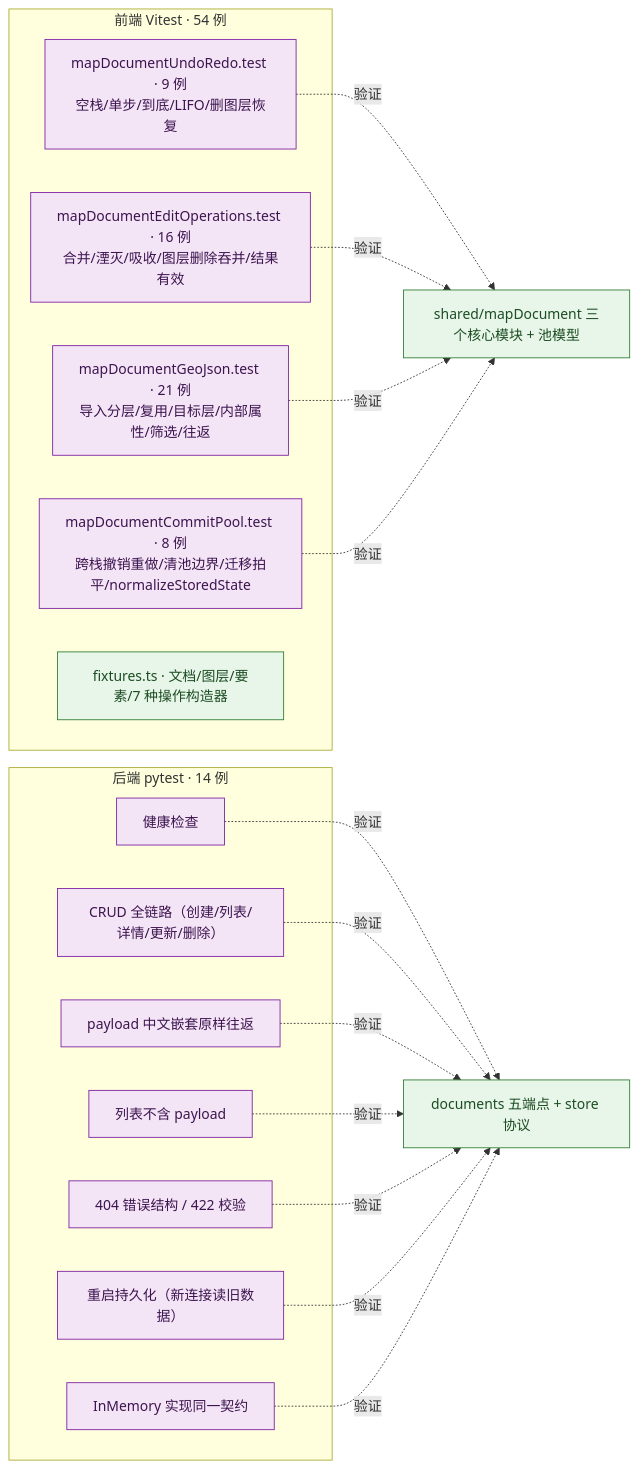
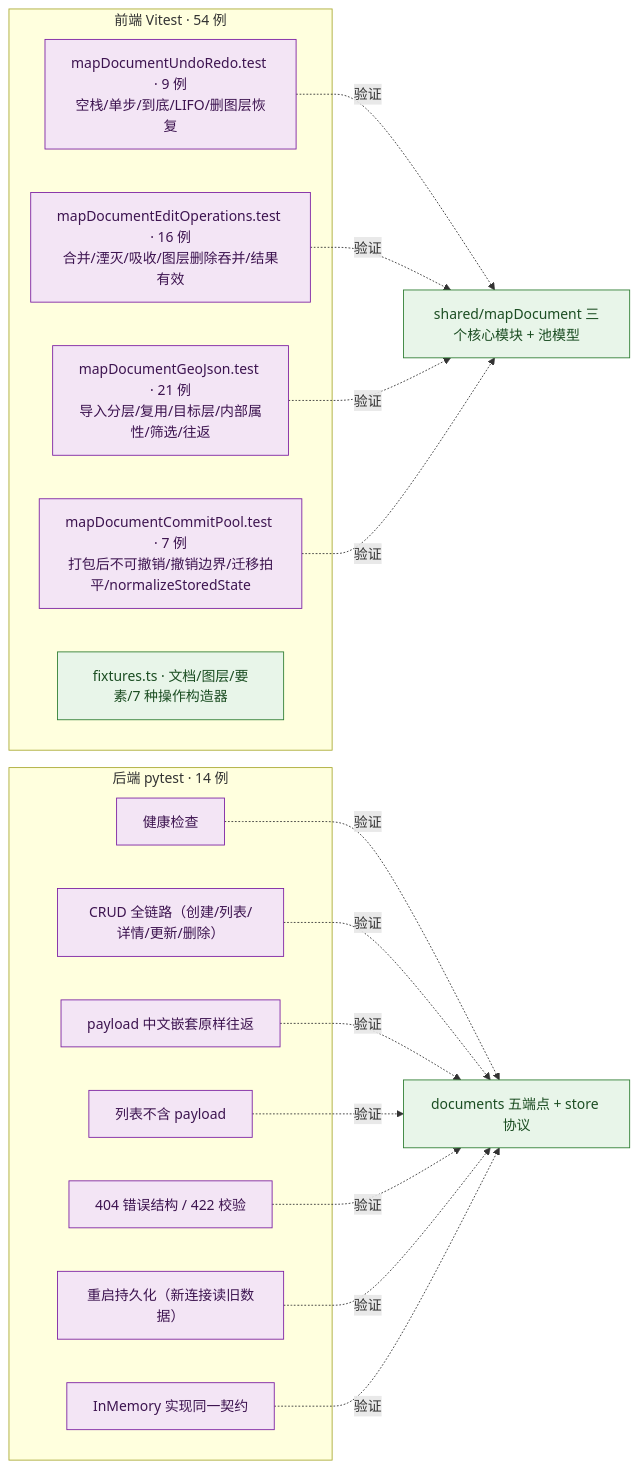
Before and after one commit to huahuajiji/agentgis-frontend: the tenth of 10 diagrams in docs/前后端详细架构.md, drawn with Mermaid. The commit also changed other lines of this file and 14 other files, not shown here.

````diff
--- a/docs/前后端详细架构.md
+++ b/docs/前后端详细架构.md
@@ -436,26 +436,26 @@
 ```mermaid
 flowchart LR
     subgraph FVT["前端 Vitest · 54 例"]
         T1["mapDocumentUndoRedo.test · 9 例<br/>空栈/单步/到底/LIFO/删图层恢复"]
         T2["mapDocumentEditOperations.test · 16 例<br/>合并/湮灭/吸收/图层删除吞并/结果有效"]
         T3["mapDocumentGeoJson.test · 21 例<br/>导入分层/复用/目标层/内部属性/筛选/往返"]
-        T4["mapDocumentCommitPool.test · 8 例<br/>跨栈撤销重做/清池边界/迁移拍平/normalizeStoredState"]
+        T4["mapDocumentCommitPool.test · 7 例<br/>打包后不可撤销/撤销边界/迁移拍平/normalizeStoredState"]
         T5["fixtures.ts · 文档/图层/要素/7 种操作构造器"]
     end
     subgraph BPT["后端 pytest · 14 例"]
         B1["健康检查"]
         B2["CRUD 全链路（创建/列表/详情/更新/删除）"]
         B3["payload 中文嵌套原样往返"]
         B4["列表不含 payload"]
         B5["404 错误结构 / 422 校验"]
         B6["重启持久化（新连接读旧数据）"]
         B7["InMemory 实现同一契约"]
     end
     T1 & T2 & T3 & T4 -.验证.-> PURE2["shared/mapDocument 三个核心模块 + 池模型"]
     B1 & B2 & B3 & B4 & B5 & B6 & B7 -.验证.-> BE2["documents 五端点 + store 协议"]
 
     classDef t fill:#f3e5f5,stroke:#7b1fa2,color:#3d1450;
     classDef m fill:#e8f5e9,stroke:#2e7d32,color:#1b4d22;
     class T1,T2,T3,T4,B1,B2,B3,B4,B5,B6,B7 t;
     class T5,PURE2,BE2 m;
 ```
````
